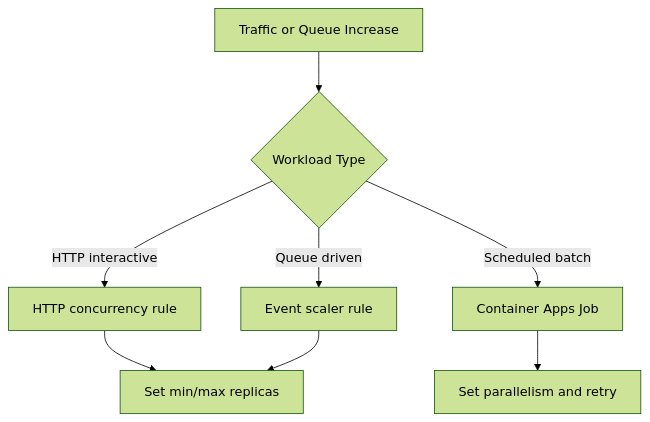
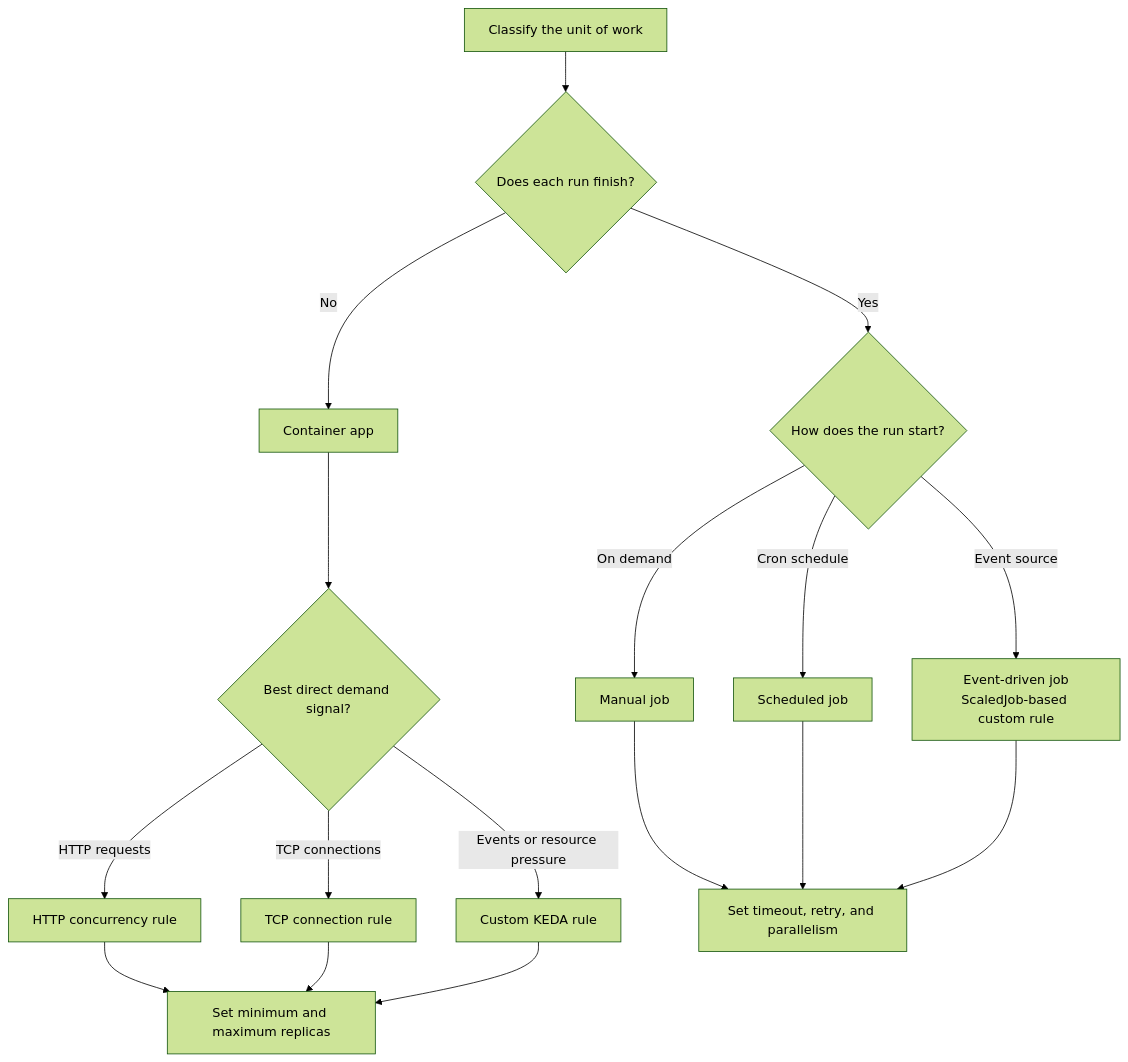
The diagram in docs/operations/scaling/index.md (yeongseon/azure-container-apps-practical-guide), drawn with Mermaid (forest theme) before and after one commit. The commit also changed other lines of this file and 11 other files, not shown here.

Commit message:
docs(diagrams): migrate Container Apps scaling diagrams (#612)

````diff
--- a/docs/operations/scaling/index.md
+++ b/docs/operations/scaling/index.md
@@ -170,10 +214,22 @@
 ```mermaid
 flowchart TD
-    A[Traffic or Queue Increase] --> B{Workload Type}
-    B -->|HTTP interactive| C[HTTP concurrency rule]
-    B -->|Queue driven| D[Event scaler rule]
-    B -->|Scheduled batch| E[Container Apps Job]
-    C --> F[Set min/max replicas]
-    D --> F
-    E --> G[Set parallelism and retry]
+    accTitle: Choose an Azure Container Apps scaling model
+    accDescr: Continuous services use container apps, while finite work may use jobs. Apps select HTTP, TCP, or custom rules and set replica limits. Jobs select manual, schedule, or event triggers and configure execution controls.
+
+    START[Classify the unit of work] --> FINITE{Does each run finish?}
+    FINITE -->|No| APP[Container app]
+    FINITE -->|Yes| JOB_TRIGGER{How does the run start?}
+    APP --> APP_SIGNAL{Best direct demand signal?}
+    APP_SIGNAL -->|HTTP requests| HTTP[HTTP concurrency rule]
+    APP_SIGNAL -->|TCP connections| TCP[TCP connection rule]
+    APP_SIGNAL -->|Events or resource pressure| CUSTOM[Custom KEDA rule]
+    HTTP --> APP_LIMITS[Set minimum and maximum replicas]
+    TCP --> APP_LIMITS
+    CUSTOM --> APP_LIMITS
+    JOB_TRIGGER -->|On demand| MANUAL[Manual job]
+    JOB_TRIGGER -->|Cron schedule| SCHEDULE[Scheduled job]
+    JOB_TRIGGER -->|Event source| EVENT[Event-driven job<br/>ScaledJob-based custom rule]
+    MANUAL --> JOB_CONTROLS[Set timeout, retry, and parallelism]
+    SCHEDULE --> JOB_CONTROLS
+    EVENT --> JOB_CONTROLS
 ```
````
